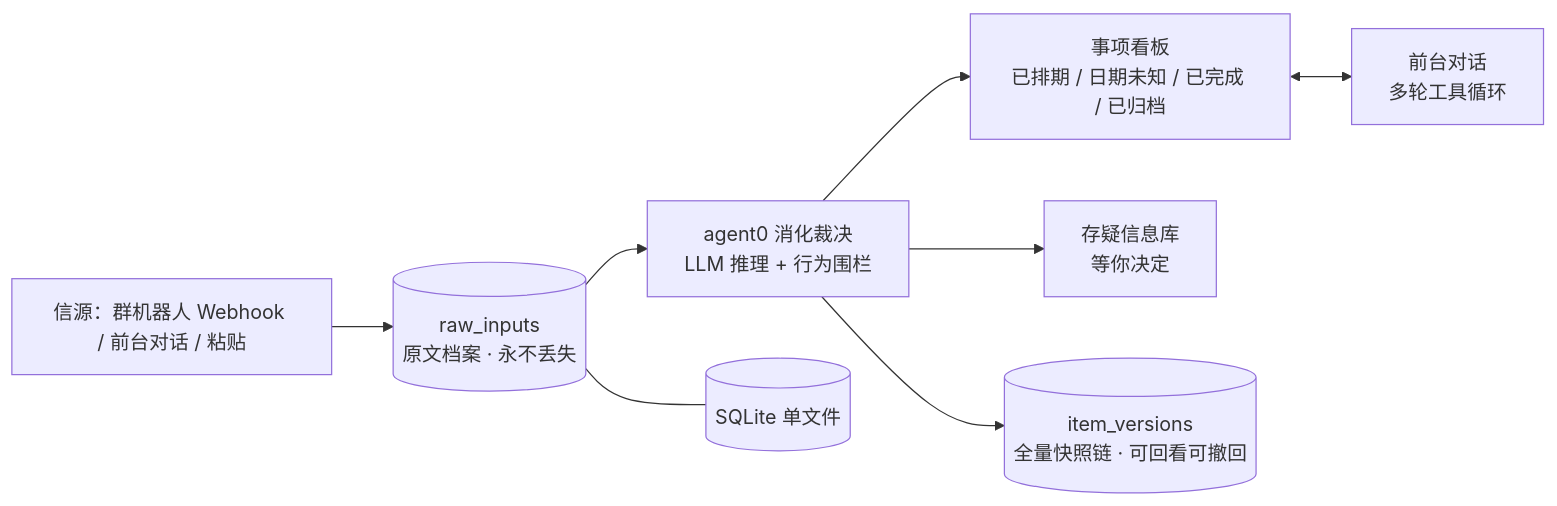
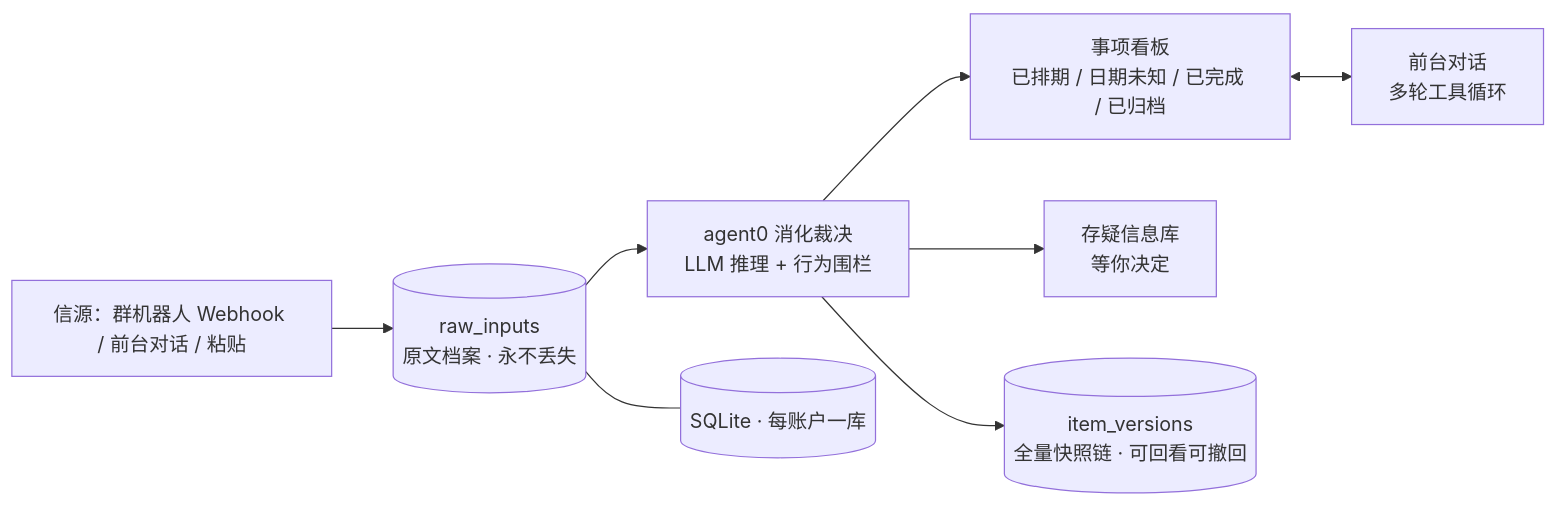
One commit to Lotuses-robot/Summarizing changed the diagram in README.md. Above: the diagram before and after it, drawn with Mermaid. The commit also changed other lines of this file and 1 other file, not shown here.

Commit message:
fix(006): 运维命令管道输入残行修复（跨 prompt 缓冲 + EOF 兜底——真机冒烟抓出）+ README 多用户化（建账户步/每账户一库/296 测试）

````diff
--- a/README.md
+++ b/README.md
@@ -103,10 +106,10 @@
 ```mermaid
 flowchart LR
     A["信源：群机器人 Webhook / 前台对话 / 粘贴"] --> R[("raw_inputs<br/>原文档案 · 永不丢失")]
     R --> G["agent0 消化裁决<br/>LLM 推理 + 行为围栏"]
     G --> B["事项看板<br/>已排期 / 日期未知 / 已完成 / 已归档"]
     G --> U["存疑信息库<br/>等你决定"]
     G --> V[("item_versions<br/>全量快照链 · 可回看可撤回")]
     B <--> C["前台对话<br/>多轮工具循环"]
-    R --- F[("SQLite 单文件")]
+    R --- F[("SQLite · 每账户一库")]
 ```
````
